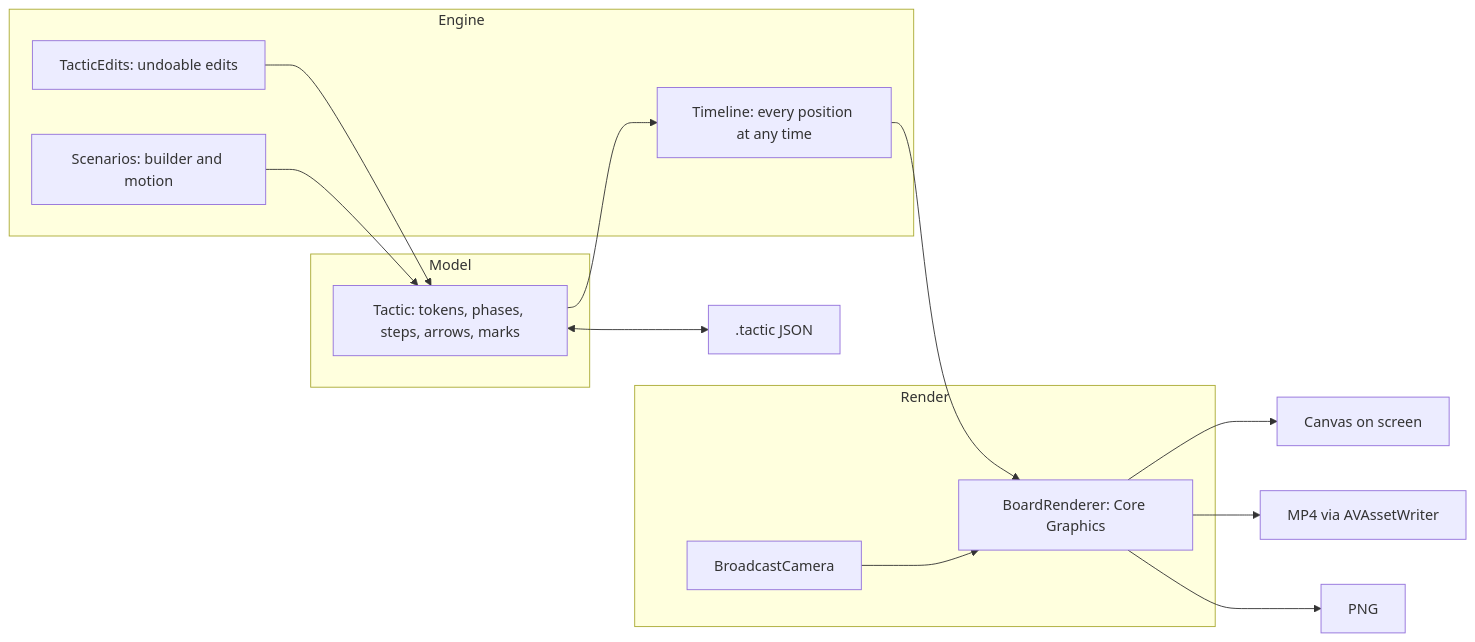
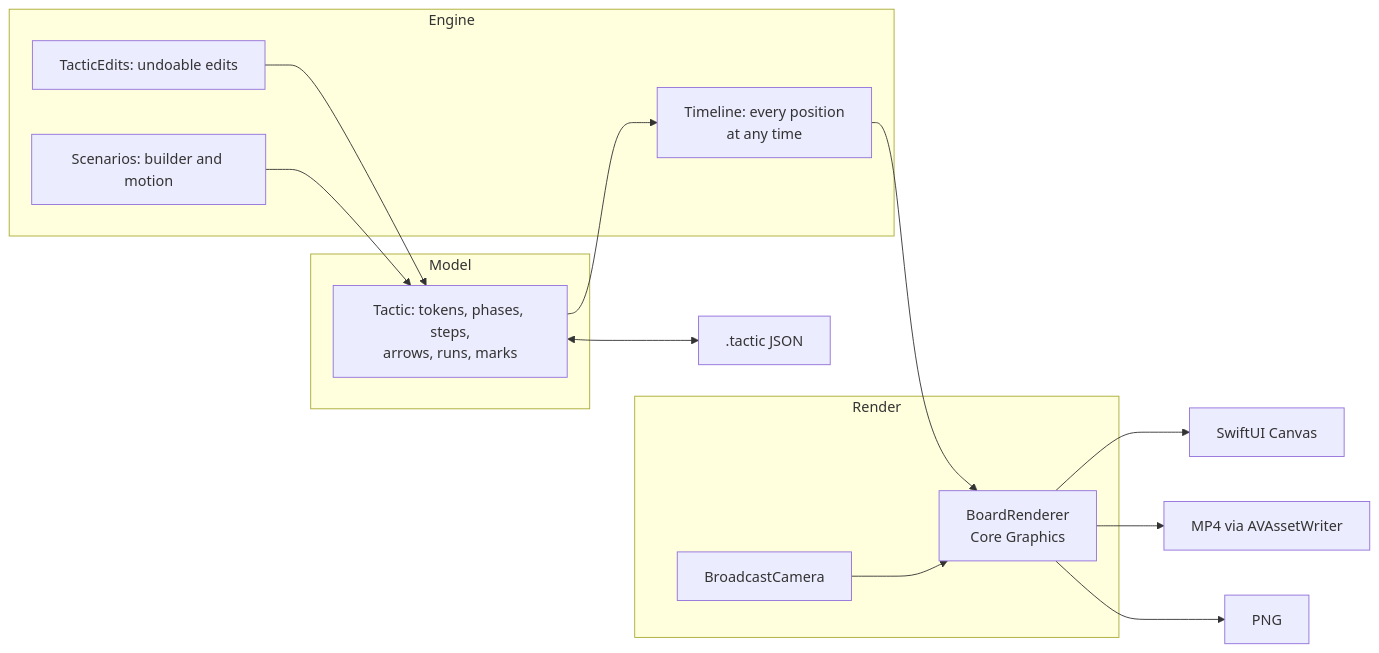
One commit to ChimeXXD/centerspot changed the diagram in README.md. Above: the diagram before and after it, drawn with Mermaid. The commit also changed other lines of this file and 12 other files, not shown here.

````diff
--- a/README.md
+++ b/README.md
@@ -37,23 +142,23 @@
 ```mermaid
 flowchart LR
   subgraph Model
-    T[Tactic: tokens, phases, steps, arrows, marks]
+    T["Tactic: tokens, phases, steps,<br/>arrows, runs, marks"]
   end
   subgraph Engine
     ED[TacticEdits: undoable edits]
     SC[Scenarios: builder and motion]
-    TL[Timeline: every position at any time]
+    TL["Timeline: every position<br/>at any time"]
   end
   subgraph Render
     CAM[BroadcastCamera]
-    BR[BoardRenderer: Core Graphics]
+    BR["BoardRenderer<br/>Core Graphics"]
   end
   ED --> T
   SC --> T
   T --> TL --> BR
   CAM --> BR
-  BR --> Screen[Canvas on screen]
+  BR --> Screen[SwiftUI Canvas]
   BR --> Video[MP4 via AVAssetWriter]
   BR --> Image[PNG]
   T <--> File[".tactic JSON"]
 ```
````
